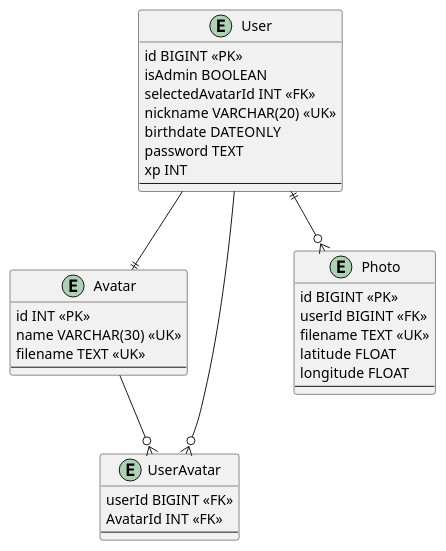
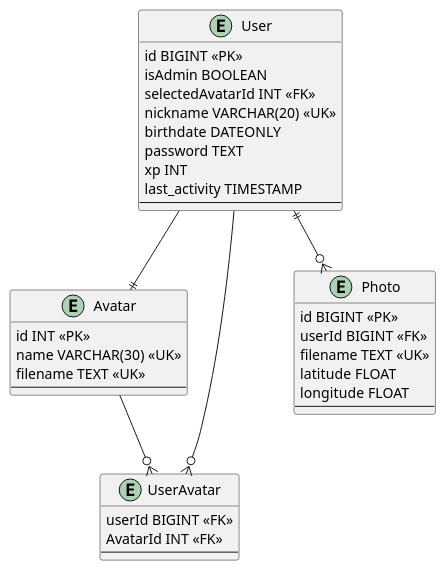
One commit to augusto-dmh/095cm_xrlab_backend changed the diagram in src/database/design/DER_095.plantuml. Above: the diagram before and after it, drawn with PlantUML. The commit also changed 7 other files, not shown here.

First line of the commit message:
feat: last_activity column in users

```diff
--- a/src/database/design/DER_095.plantuml
+++ b/src/database/design/DER_095.plantuml
@@ -1,41 +1,42 @@
 @startuml DER
 
 entity User {
     id BIGINT <<PK>>
     isAdmin BOOLEAN
     selectedAvatarId INT <<FK>>
     nickname VARCHAR(20) <<UK>>
     birthdate DATEONLY
     password TEXT
     xp INT
+    last_activity TIMESTAMP
     --
 }
 
 entity Avatar {
     id INT <<PK>>
     name VARCHAR(30) <<UK>>
     filename TEXT <<UK>>
     --
 }
 
 entity UserAvatar {
     userId BIGINT <<FK>>
     AvatarId INT <<FK>>
     --
 }
 
 entity Photo {
     id BIGINT <<PK>>
     userId BIGINT <<FK>>
     filename TEXT <<UK>>
     latitude FLOAT
     longitude FLOAT
     --
 }
 
 User ||--o{ Photo
 User --|| Avatar
 User --o{ UserAvatar
 Avatar --o{ UserAvatar
 
 @enduml
```
